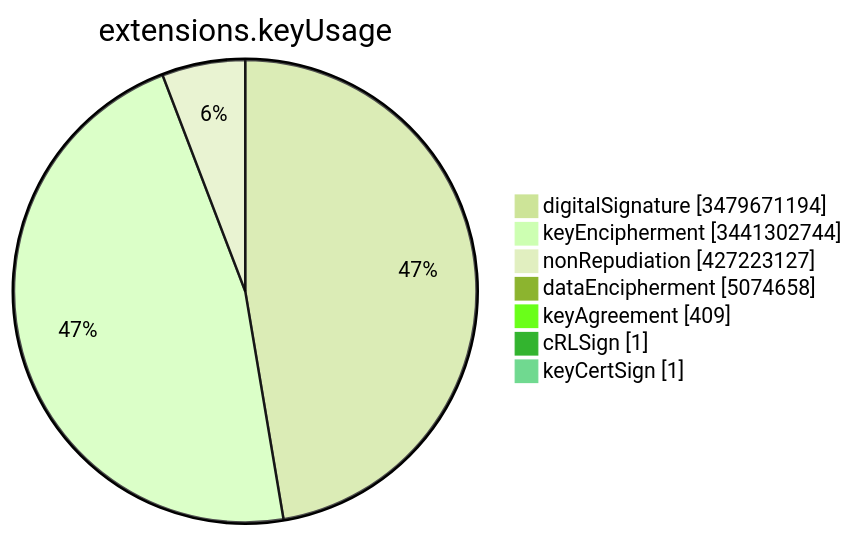
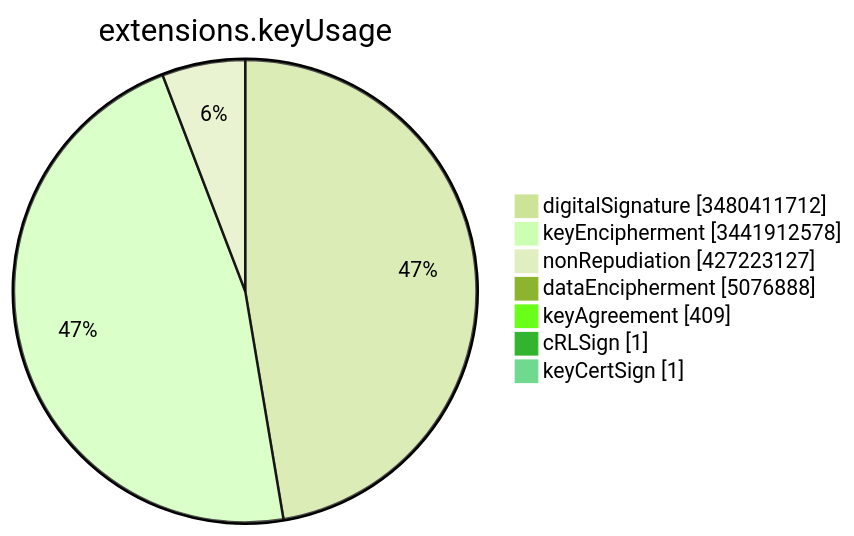
The sixth of 15 diagrams in TOTAL/README.md (christiankrug/ctmonitor_visualization), drawn with Mermaid (forest theme) before and after one commit. The commit also changed other lines of this file, not shown here.

````diff
--- a/TOTAL/README.md
+++ b/TOTAL/README.md
@@ -3082,11 +3082,11 @@
 ```mermaid
 pie showData
 title extensions.keyUsage
-"digitalSignature" :3479671194
-"keyEncipherment" :3441302744
+"digitalSignature" :3480411712
+"keyEncipherment" :3441912578
 "nonRepudiation" :427223127
-"dataEncipherment" :5074658
+"dataEncipherment" :5076888
 "keyAgreement" :409
 "cRLSign" :1
 "keyCertSign" :1
 ```
````
